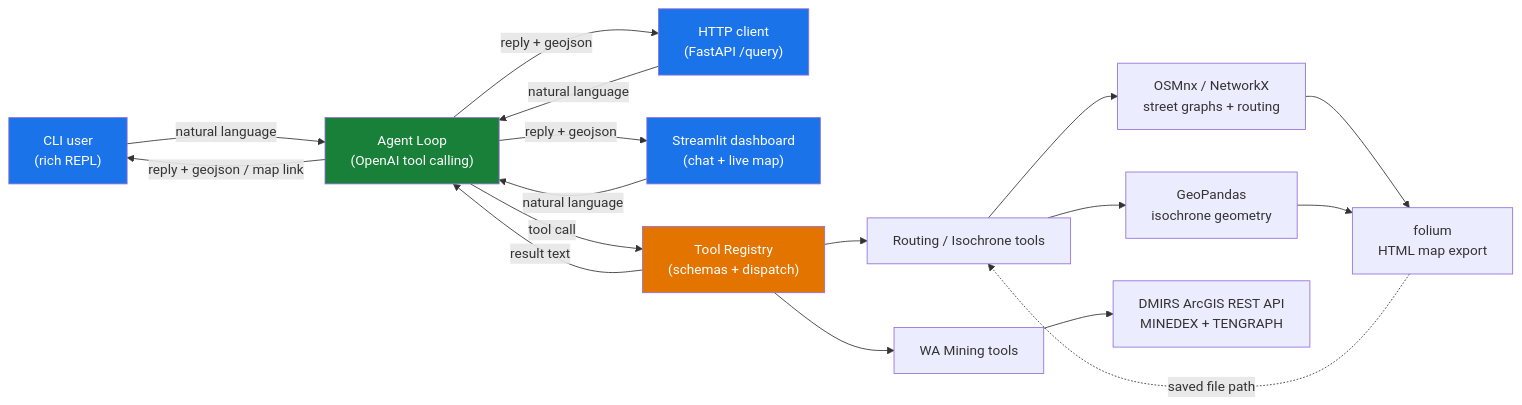
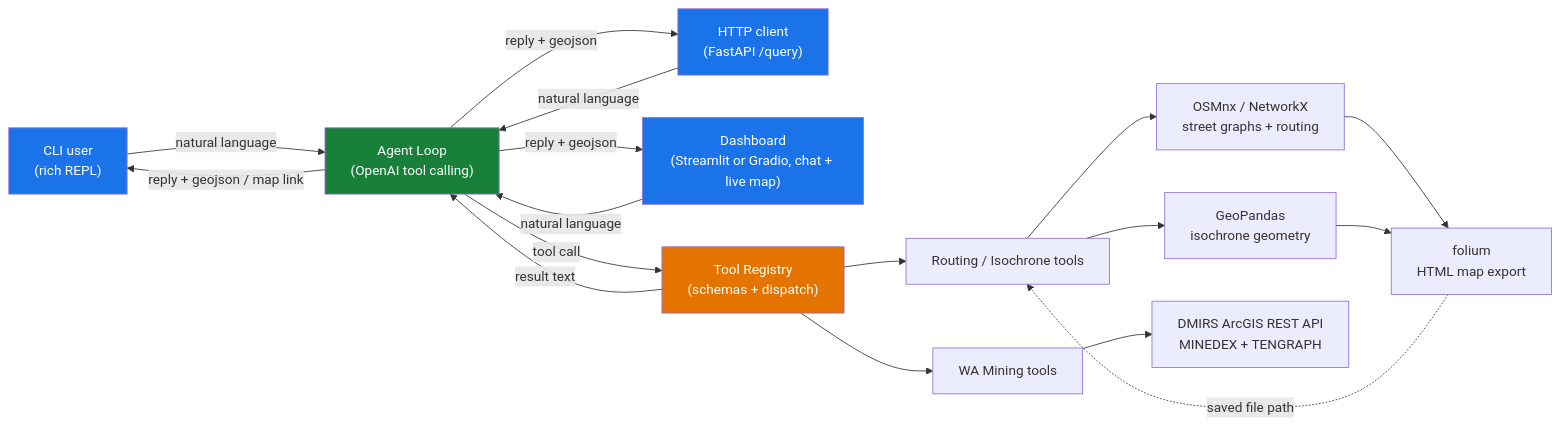
One commit to atharvadalvii/wa-mining-agent changed the diagram in README.md. Above: the diagram before and after it, drawn with Mermaid. The commit also changed other lines of this file and 3 other files, not shown here.

Commit message:
Add Gradio dashboard: chat + live map, alongside the Streamlit version

````diff
--- a/README.md
+++ b/README.md
@@ -45,29 +45,29 @@
 ```mermaid
 flowchart LR
     U1["CLI user<br/>(rich REPL)"] -->|natural language| L["Agent Loop<br/>(OpenAI tool calling)"]
     U2["HTTP client<br/>(FastAPI /query)"] -->|natural language| L
-    U3["Streamlit dashboard<br/>(chat + live map)"] -->|natural language| L
+    U3["Dashboard<br/>(Streamlit or Gradio, chat + live map)"] -->|natural language| L
     L -->|reply + geojson / map link| U1
     L -->|reply + geojson| U2
     L -->|reply + geojson| U3
 
     L -->|tool call| REG["Tool Registry<br/>(schemas + dispatch)"]
     REG -->|result text| L
 
     REG --> RT["Routing / Isochrone tools"]
     REG --> MT["WA Mining tools"]
 
     RT --> OSM["OSMnx / NetworkX<br/>street graphs + routing"]
     RT --> GPD["GeoPandas<br/>isochrone geometry"]
     OSM --> MAP["folium<br/>HTML map export"]
     GPD --> MAP
     MAP -.->|saved file path| RT
 
     MT --> DMIRS["DMIRS ArcGIS REST API<br/>MINEDEX + TENGRAPH"]
 
     style U1 fill:#1a73e8,color:#fff
     style U2 fill:#1a73e8,color:#fff
     style U3 fill:#1a73e8,color:#fff
     style L fill:#188038,color:#fff
     style REG fill:#e37400,color:#fff
 ```
````
